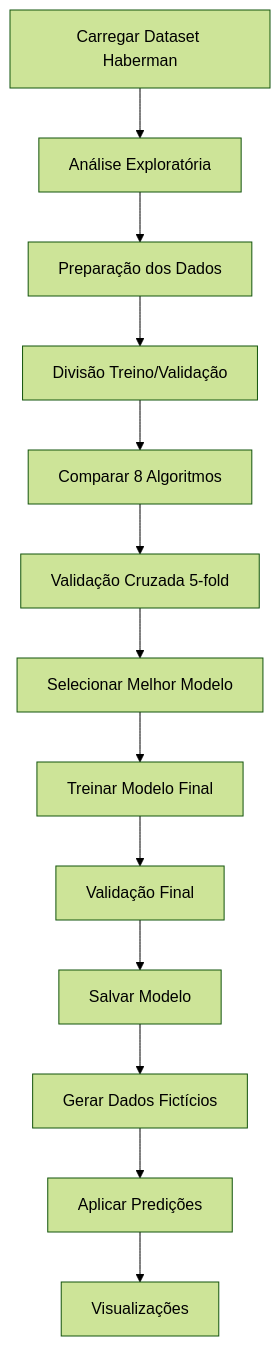
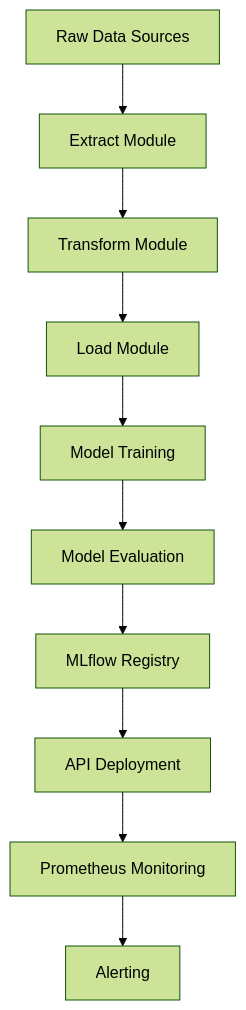
Before and after one commit to Gilmarregis/Projeto-Machine-Learning: the first of 2 diagrams in README.md, drawn with Mermaid (forest theme). The commit also changed other lines of this file and 15 other files, not shown here.

````diff
--- a/README.md
+++ b/README.md
@@ -156,15 +21,12 @@
 ```mermaid
 graph TD
-    A[Carregar Dataset Haberman] --> B[Análise Exploratória]
-    B --> C[Preparação dos Dados]
-    C --> D[Divisão Treino/Validação]
-    D --> E[Comparar 8 Algoritmos]
-    E --> F[Validação Cruzada 5-fold]
-    F --> G[Selecionar Melhor Modelo]
-    G --> H[Treinar Modelo Final]
-    H --> I[Validação Final]
-    I --> J[Salvar Modelo]
-    J --> K[Gerar Dados Fictícios]
-    K --> L[Aplicar Predições]
-    L --> M[Visualizações]
+    A[Raw Data Sources] --> B[Extract Module]
+    B --> C[Transform Module]
+    C --> D[Load Module]
+    D --> E[Model Training]
+    E --> F[Model Evaluation]
+    F --> G[MLflow Registry]
+    G --> H[API Deployment]
+    H --> I[Prometheus Monitoring]
+    I --> J[Alerting]
 ```
````
